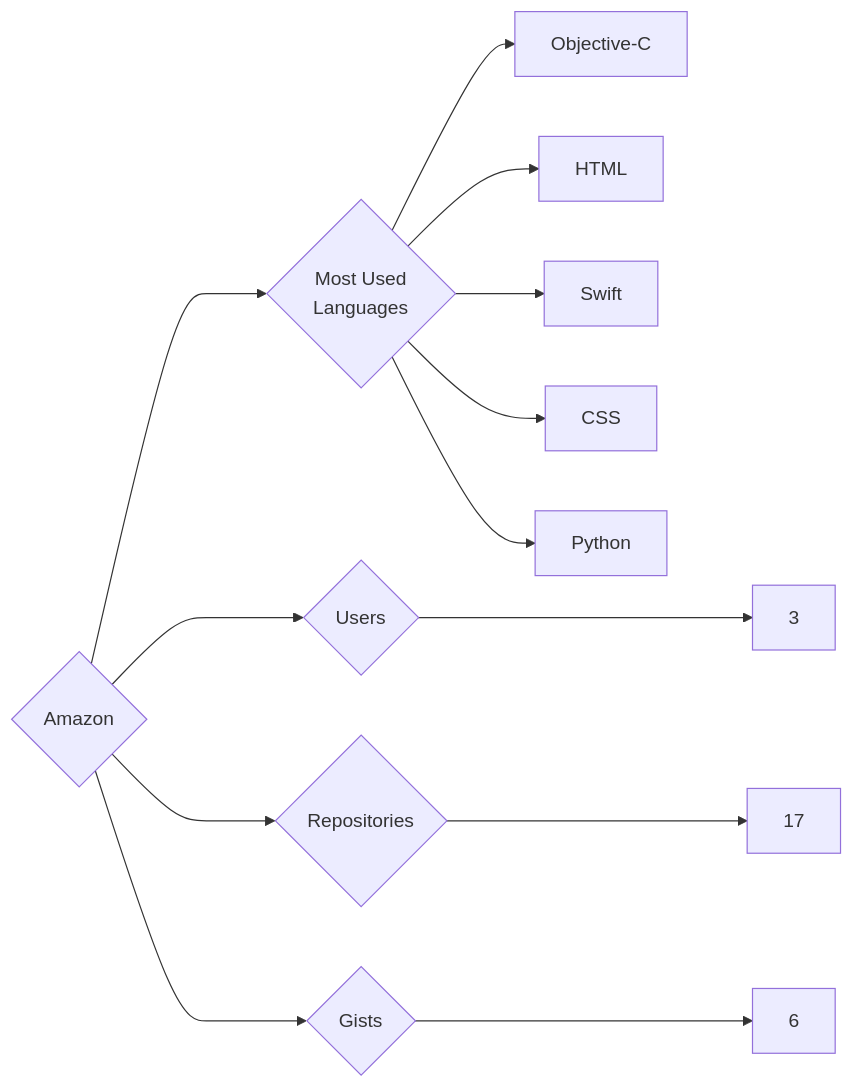
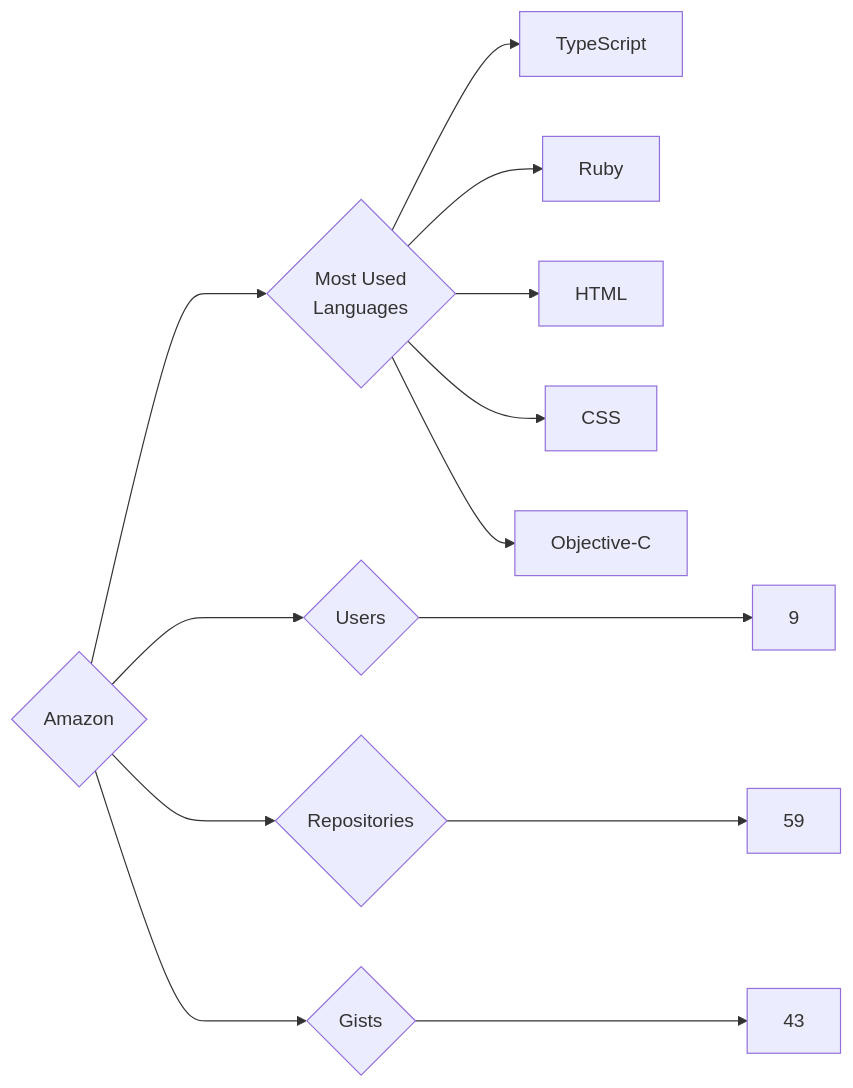
One commit to trickest/insiders changed the diagram in targets/Amazon/README.md. Above: the diagram before and after it, drawn with Mermaid. The commit also changed 640 other files, not shown here.

````diff
--- a/targets/Amazon/README.md
+++ b/targets/Amazon/README.md
@@ -3,13 +3,13 @@
 ```mermaid
 graph LR
 COMPANY_NAME{Amazon}
-COMPANY_NAME ---> U{Users} ---> UN[3]
-COMPANY_NAME ---> R{Repositories} ---> RN[17]
-COMPANY_NAME ---> G{Gists} ---> GN[6]
+COMPANY_NAME ---> U{Users} ---> UN[9]
+COMPANY_NAME ---> R{Repositories} ---> RN[59]
+COMPANY_NAME ---> G{Gists} ---> GN[43]
 COMPANY_NAME ---> ML{Most Used<br>Languages}
+ML --> TypeScript[TypeScript]
+ML --> Ruby[Ruby]
+ML --> HTML[HTML]
+ML --> CSS[CSS]
 ML --> Objective-C[Objective-C]
-ML --> HTML[HTML]
-ML --> Swift[Swift]
-ML --> CSS[CSS]
-ML --> Python[Python]
 ```
````
